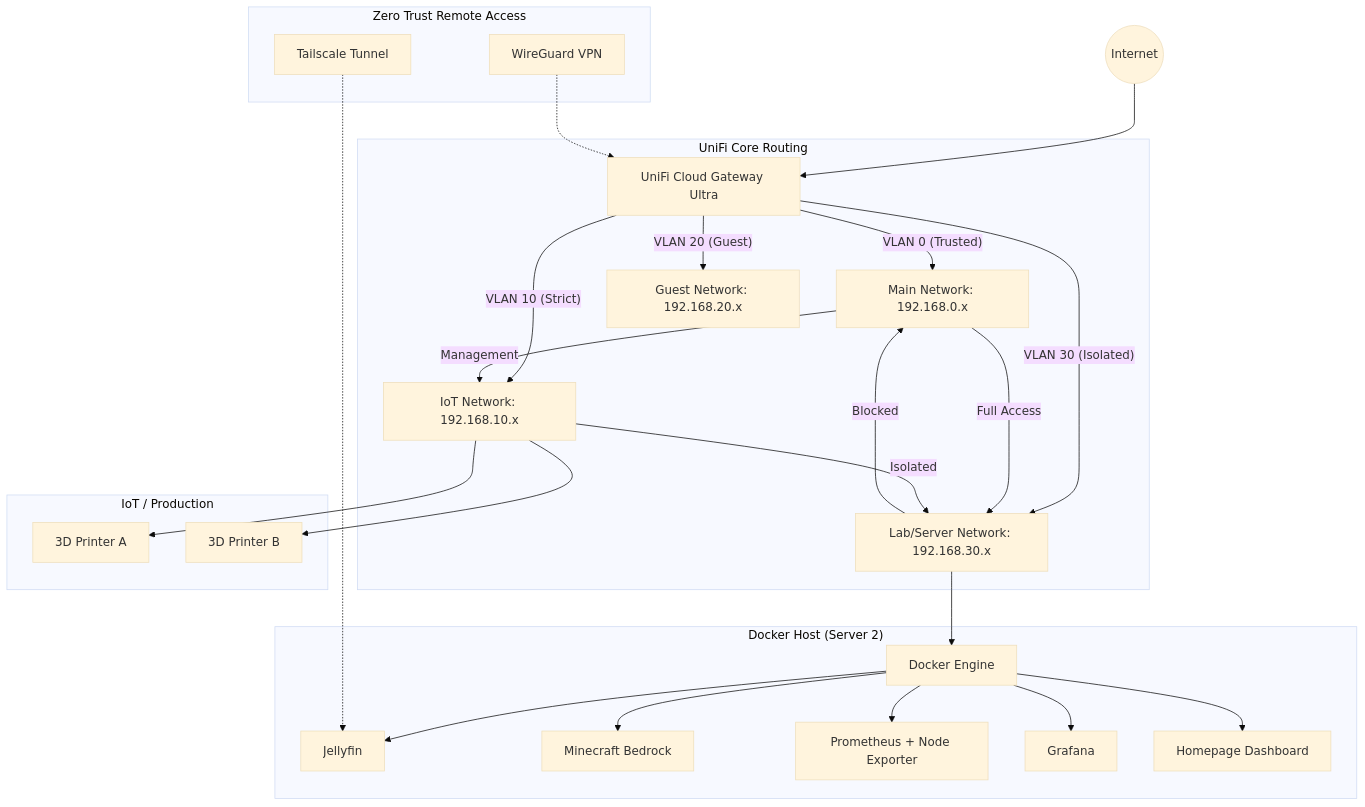
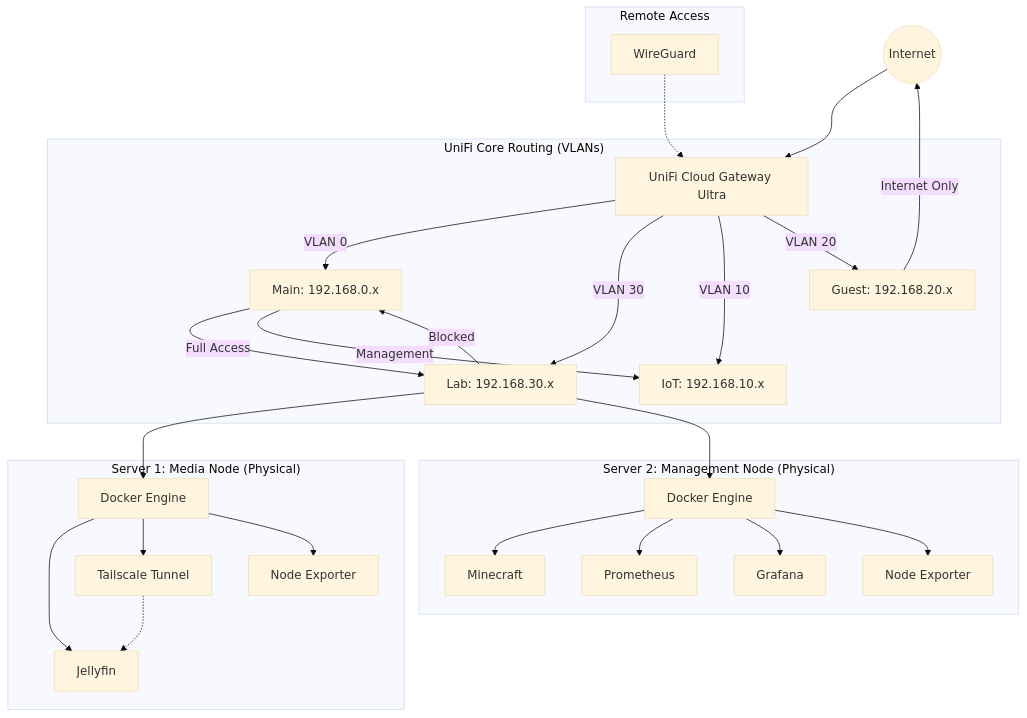
Before and after one commit to ItsSpres/Home-Lab: the diagram in README.md, drawn with Mermaid (base theme). The commit also changed other lines of this file, not shown here.

````diff
--- a/README.md
+++ b/README.md
@@ -18,41 +6,37 @@
 ```mermaid
 graph TD
-    %% Internet Entry
     WAN((Internet)) --> UCG[UniFi Cloud Gateway Ultra]
 
-    %% Gateway to VLANs
-    subgraph "UniFi Core Routing"
-        UCG -- "VLAN 0 (Trusted)" --> Admin[Main Network: 192.168.0.x]
-        UCG -- "VLAN 30 (Isolated)" --> Lab[Lab/Server Network: 192.168.30.x]
-        UCG -- "VLAN 10 (Strict)" --> IoT[IoT Network: 192.168.10.x]
-        UCG -- "VLAN 20 (Guest)" --> Guest[Guest Network: 192.168.20.x]
+    subgraph "UniFi Core Routing (VLANs)"
+        UCG -- "VLAN 0" --> Admin[Main: 192.168.0.x]
+        UCG -- "VLAN 30" --> Lab[Lab: 192.168.30.x]
+        UCG -- "VLAN 10" --> IoT[IoT: 192.168.10.x]
+        UCG -- "VLAN 20" --> Guest[Guest: 192.168.20.x]
     end
 
-    %% Lab Services (Server 2)
-    subgraph "Docker Host (Server 2)"
-        Lab --> Docker[Docker Engine]
-        Docker --> JF[Jellyfin]
-        Docker --> MC[Minecraft Bedrock]
-        Docker --> PM[Prometheus + Node Exporter]
-        Docker --> GF[Grafana]
-        Docker --> HP[Homepage Dashboard]
+    subgraph "Server 1: Media Node (Physical)"
+        Lab --> S1D[Docker Engine]
+        S1D --> JF[Jellyfin]
+        S1D --> TS[Tailscale Tunnel]
+        S1D --> NE1[Node Exporter]
     end
 
-    %% IoT Devices
-    subgraph "IoT / Production"
-        IoT --> Printer1[3D Printer A]
-        IoT --> Printer2[3D Printer B]
+    subgraph "Server 2: Management Node (Physical)"
+        Lab --> S2D[Docker Engine]
+        S2D --> MC[Minecraft]
+        S2D --> PM[Prometheus]
+        S2D --> GF[Grafana]
+        S2D --> NE2[Node Exporter]
     end
 
-    %% Remote Access Logic
-    subgraph "Zero Trust Remote Access"
-        WireGuard[WireGuard VPN] -.-> UCG
-        Tailscale[Tailscale Tunnel] -.-> JF
+    subgraph "Remote Access"
+        WireGuard -.-> UCG
+        TS -.-> JF
     end
 
-    %% Relationships & Permissions
     Admin -- "Full Access" --> Lab
     Admin -- "Management" --> IoT
+    Guest -- "Internet Only" --> WAN
     Lab -- "Blocked" --> Admin
-    IoT -- "Isolated" --> Lab
+
 ```
````
